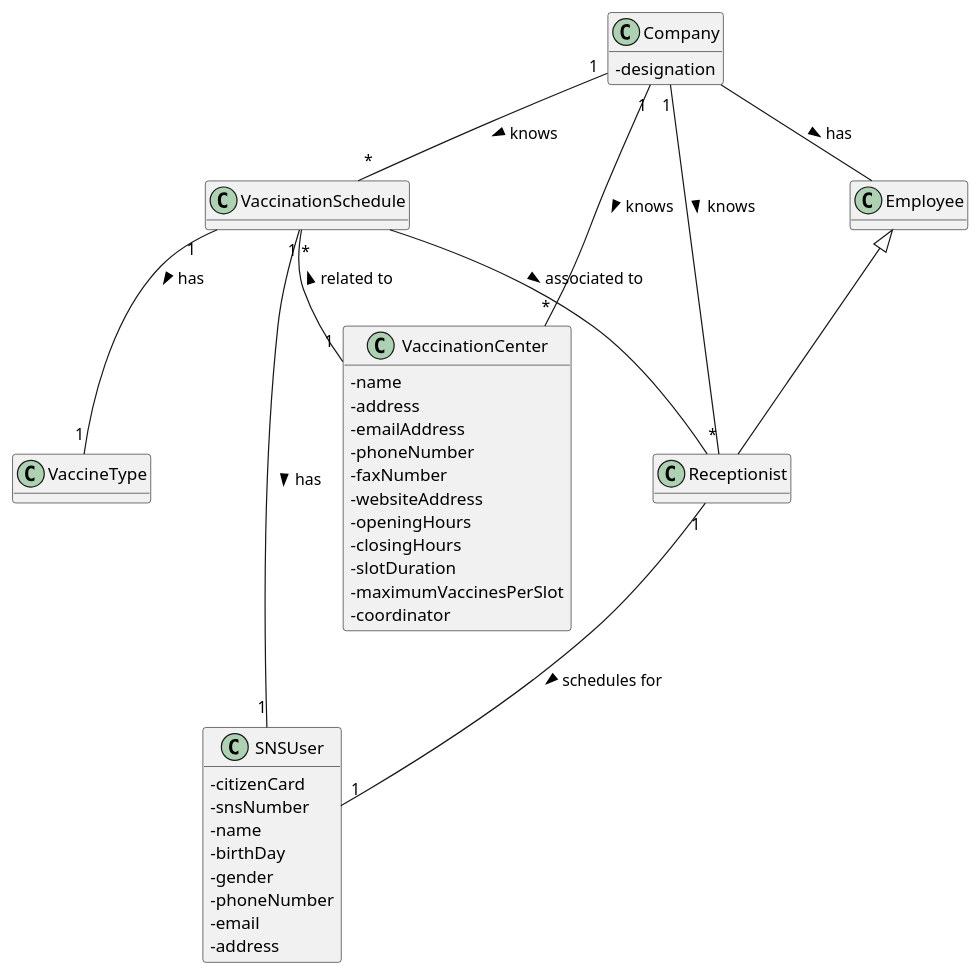
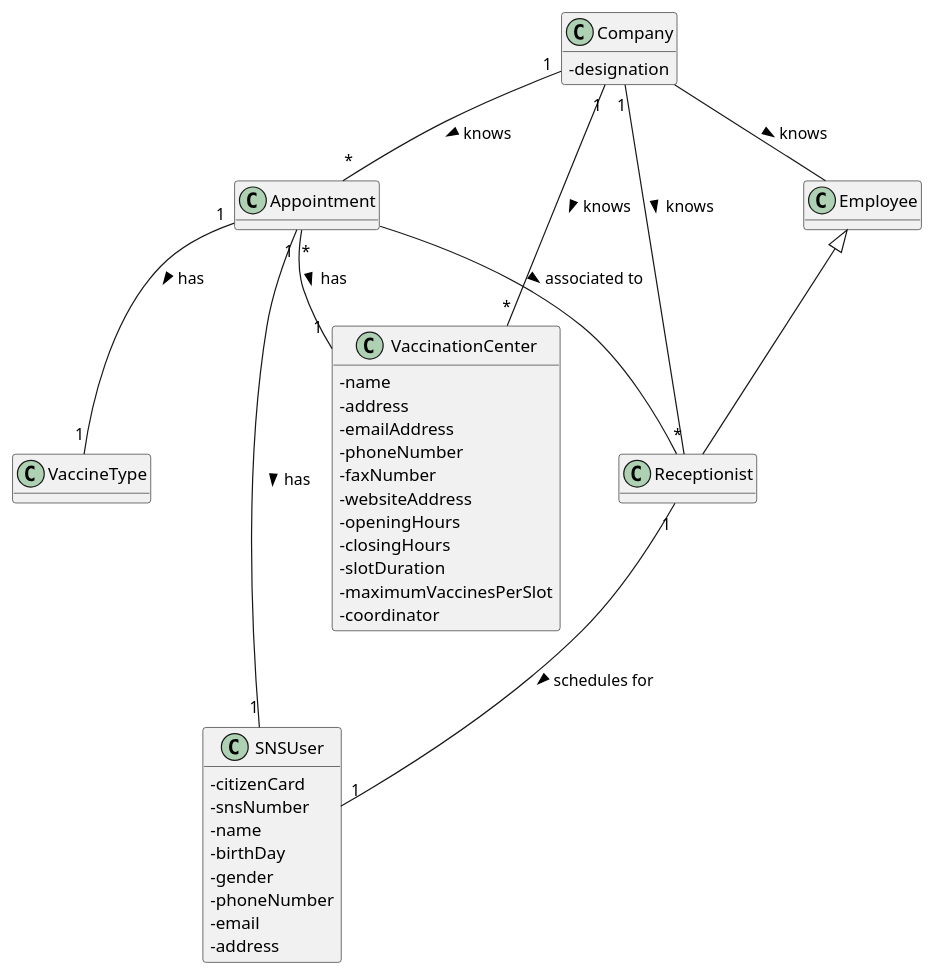
One commit to miseEnPlace-i/lapr2 changed the diagram in docs/SprintC/US02/DM/US02_DM.puml. Above: the diagram before and after it, drawn with PlantUML. The commit also changed 1 other file, not shown here.

Commit message:
docs(US02): updated DM (replaced VaccinationSchedule class for Appointment), added new DM.svg

```diff
--- a/docs/SprintC/US02/DM/US02_DM.puml
+++ b/docs/SprintC/US02/DM/US02_DM.puml
@@ -1,55 +1,55 @@
 @startuml  US02_DM
 hide methods
 skinparam classAttributeIconSize 0
 
 
-class VaccinationSchedule {}
+class Appointment {}
 
 class VaccineType {}
 
 class SNSUser {
   - citizenCard
   - snsNumber
   - name
   - birthDay
   - gender
   - phoneNumber
   - email
   - address
 }
 
 class VaccinationCenter{
   -name
   -address
   -emailAddress
   -phoneNumber
   -faxNumber
   -websiteAddress
   -openingHours  
   -closingHours
   -slotDuration
   -maximumVaccinesPerSlot
   -coordinator
 }
 
 class Company{
   -designation
 }
 
 class Receptionist {}
 
 class Employee {}
 
-Company "1" -- "*" VaccinationSchedule : knows >
-VaccinationSchedule "1"  -- "1" VaccineType : has >
-VaccinationSchedule "*" -- "1" VaccinationCenter : related to <
+Company "1" -- "*" Appointment : knows >
+Appointment "1"  -- "1" VaccineType : has >
+Appointment "*" -- "1" VaccinationCenter : has >
 Company "1" -- "*" VaccinationCenter : knows >
-VaccinationSchedule -- Receptionist : associated to >
+Appointment -- Receptionist : associated to >
 Receptionist "1" -- "1" SNSUser : schedules for >
 Company "1" -- "*" Receptionist : knows >
-VaccinationSchedule "1" -- "1" SNSUser : has >
+Appointment "1" -- "1" SNSUser : has >
 Employee <|-- Receptionist
-Company -- Employee : has >
+Company -- Employee : knows >
 
 
 @enduml
```
